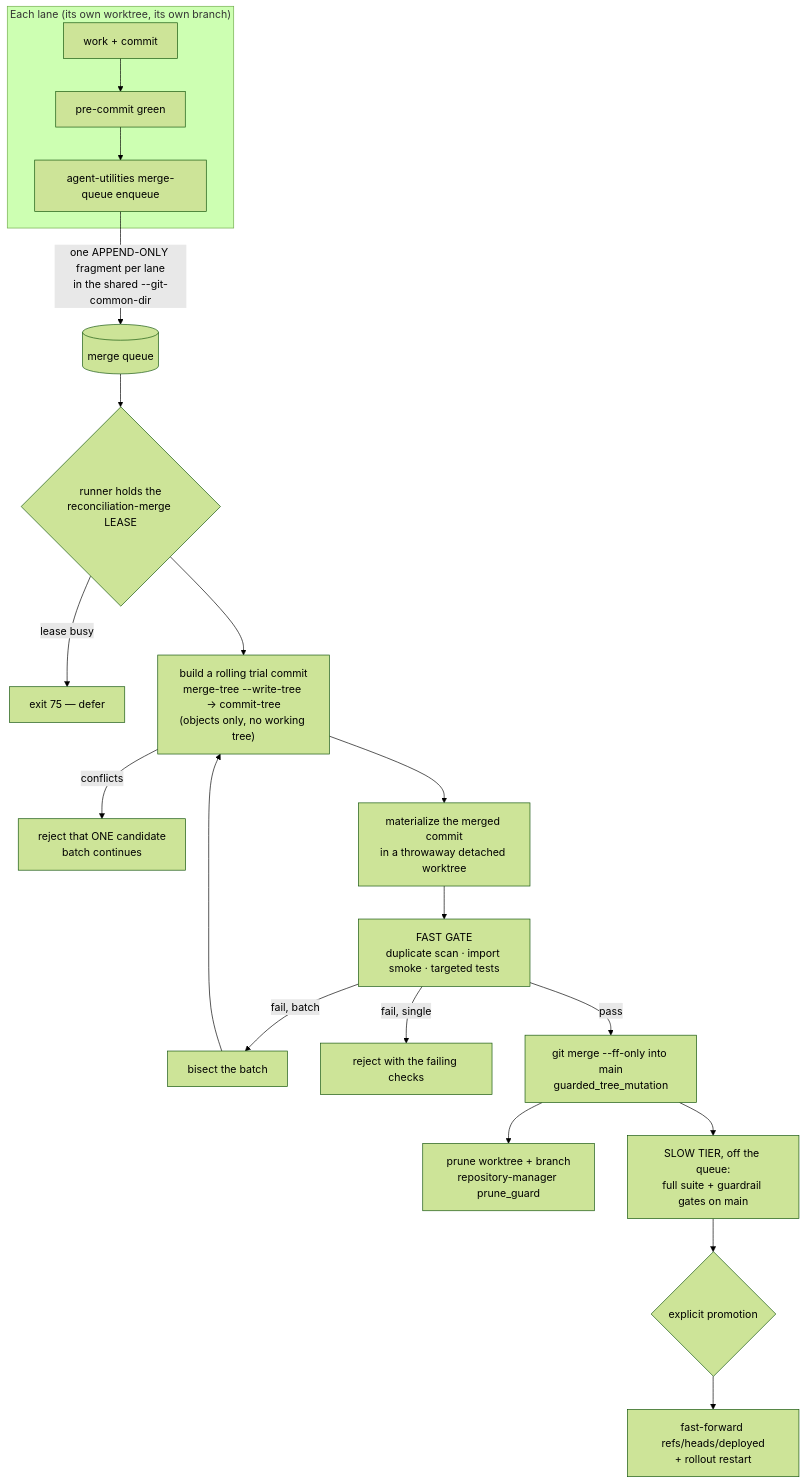
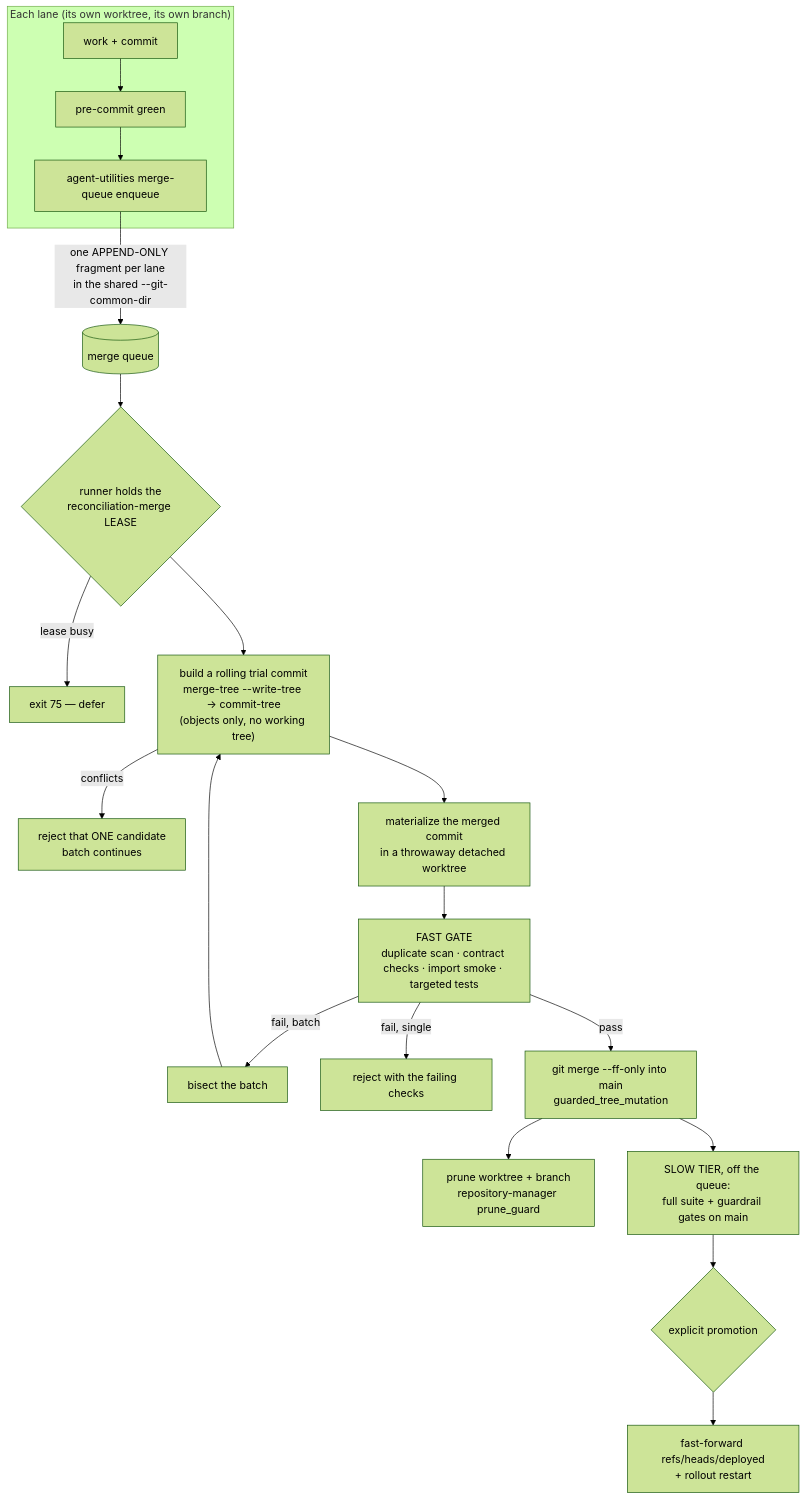
Before and after one commit to Knuckles-Team/agent-utilities: the diagram in docs/architecture/merge-queue.md, drawn with Mermaid (forest theme). The commit also changed other lines of this file and 2 other files, not shown here.

````diff
--- a/docs/architecture/merge-queue.md
+++ b/docs/architecture/merge-queue.md
@@ -52,21 +53,21 @@
 ```mermaid
 flowchart TD
     subgraph lane["Each lane (its own worktree, its own branch)"]
         W[work + commit] --> P[pre-commit green] --> E["agent-utilities merge-queue enqueue"]
     end
     E -->|"one APPEND-ONLY fragment per lane<br/>in the shared --git-common-dir"| Q[(merge queue)]
     Q --> R{"runner holds the<br/>reconciliation-merge LEASE"}
     R -->|lease busy| D[exit 75 — defer]
     R --> B["build a rolling trial commit<br/>merge-tree --write-tree → commit-tree<br/>(objects only, no working tree)"]
     B -->|conflicts| RJ1["reject that ONE candidate<br/>batch continues"]
     B --> M["materialize the merged commit<br/>in a throwaway detached worktree"]
-    M --> G["FAST GATE<br/>duplicate scan · import smoke · targeted tests"]
+    M --> G["FAST GATE<br/>duplicate scan · contract checks · import smoke · targeted tests"]
     G -->|fail, batch| BI["bisect the batch"]
     BI --> B
     G -->|fail, single| RJ2["reject with the failing checks"]
     G -->|pass| L["git merge --ff-only into main<br/>guarded_tree_mutation"]
     L --> PR["prune worktree + branch<br/>repository-manager prune_guard"]
     L --> S["SLOW TIER, off the queue:<br/>full suite + guardrail gates on main"]
     S --> PROM{"explicit promotion"}
     PROM --> DEP["fast-forward refs/heads/deployed<br/>+ rollout restart"]
 ```
````
